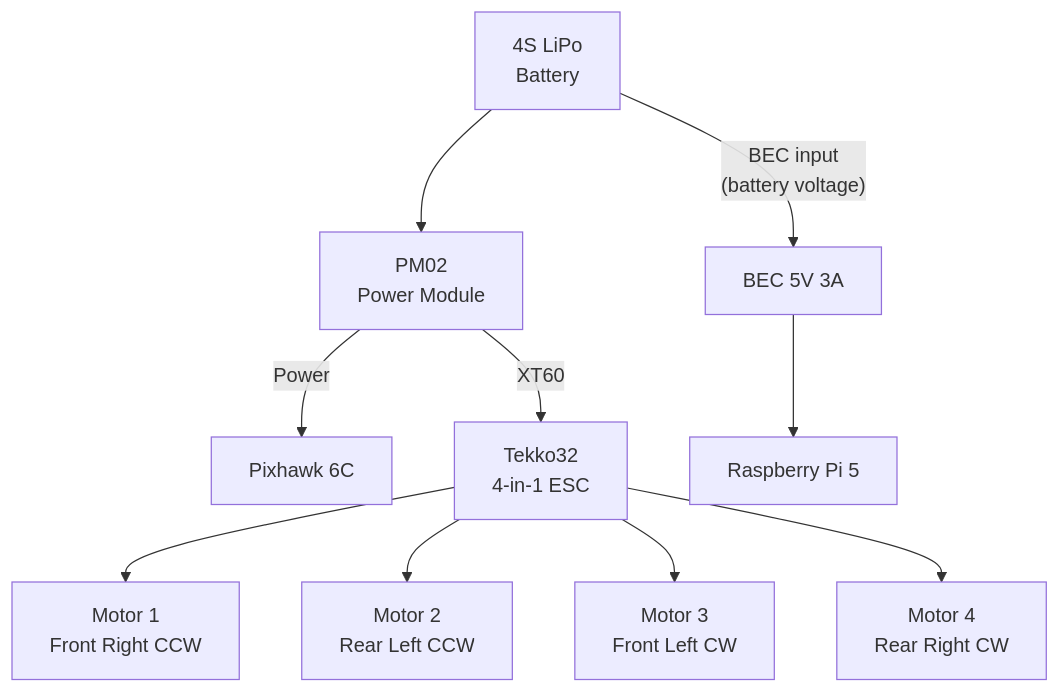
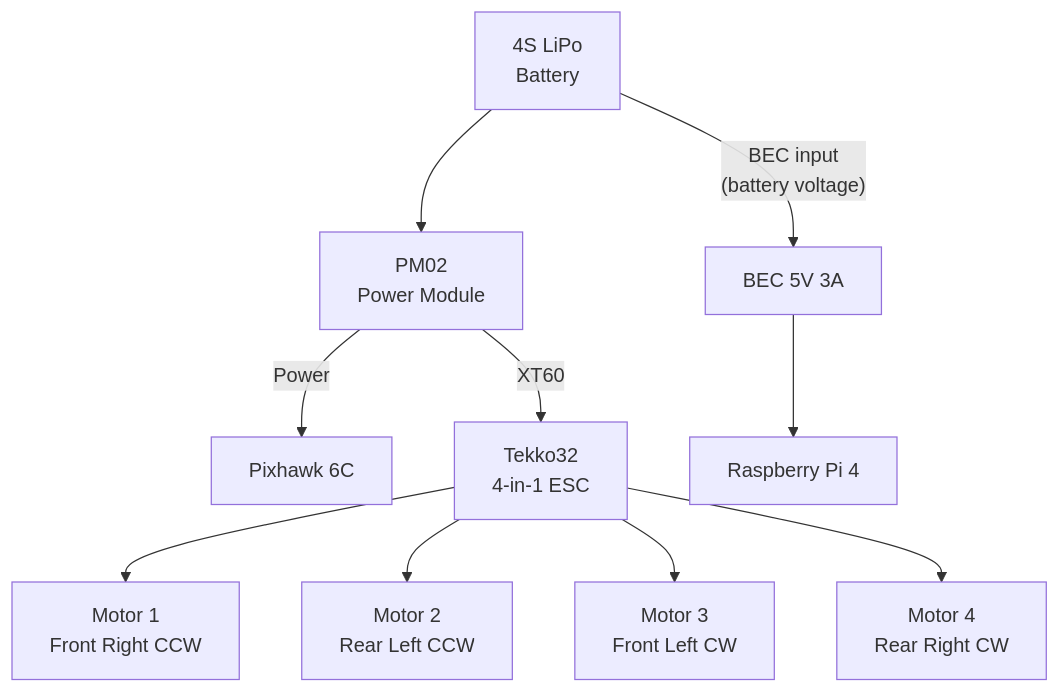
Before and after one commit to fadi-labib/bennu: the diagram in docs/reference/wiring-diagram.md, drawn with Mermaid. The commit also changed other lines of this file and 10 other files, not shown here.

````diff
--- a/docs/reference/wiring-diagram.md
+++ b/docs/reference/wiring-diagram.md
@@ -7,12 +7,12 @@
 ```mermaid
 graph TD
     BAT["4S LiPo<br/>Battery"] --> PM["PM02<br/>Power Module"]
     PM -->|Power| PIX["Pixhawk 6C"]
     PM -->|XT60| ESC["Tekko32<br/>4-in-1 ESC"]
     BAT -->|"BEC input<br/>(battery voltage)"| BEC["BEC 5V 3A"]
-    BEC --> PI["Raspberry Pi 5"]
+    BEC --> PI["Raspberry Pi 4"]
     ESC --> M1["Motor 1<br/>Front Right CCW"]
     ESC --> M2["Motor 2<br/>Rear Left CCW"]
     ESC --> M3["Motor 3<br/>Front Left CW"]
     ESC --> M4["Motor 4<br/>Rear Right CW"]
 ```
````
